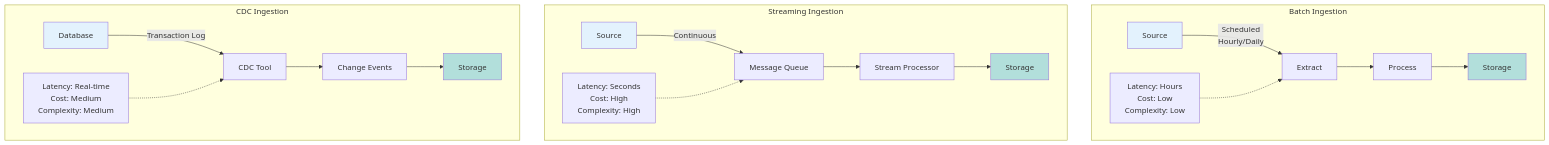
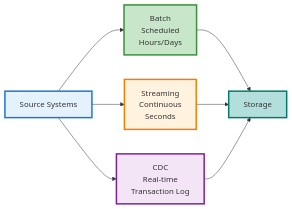
The diagram in docs/data-ingestion/index.md (sunilkumartc/data-platform-playbook), drawn with Mermaid before and after one commit. The commit also changed other lines of this file, not shown here.

Commit message:
ingestion diagram update

````diff
--- a/docs/data-ingestion/index.md
+++ b/docs/data-ingestion/index.md
@@ -68,30 +68,16 @@
 ```mermaid
-graph TB
-    subgraph "Batch Ingestion"
-        A1[Source] -->|Scheduled<br/>Hourly/Daily| B1[Extract]
-        B1 --> C1[Process]
-        C1 --> D1[Storage]
-        E1[Latency: Hours<br/>Cost: Low<br/>Complexity: Low] -.-> B1
-    end
+graph LR
+    A[Source Systems] --> B[Batch<br/>Scheduled<br/>Hours/Days]
+    A --> C[Streaming<br/>Continuous<br/>Seconds]
+    A --> D[CDC<br/>Real-time<br/>Transaction Log]
     
-    subgraph "Streaming Ingestion"
-        A2[Source] -->|Continuous| B2[Message Queue]
-        B2 --> C2[Stream Processor]
-        C2 --> D2[Storage]
-        E2[Latency: Seconds<br/>Cost: High<br/>Complexity: High] -.-> B2
-    end
+    B --> E[Storage]
+    C --> E
+    D --> E
     
-    subgraph "CDC Ingestion"
-        A3[Database] -->|Transaction Log| B3[CDC Tool]
-        B3 --> C3[Change Events]
-        C3 --> D3[Storage]
-        E3[Latency: Real-time<br/>Cost: Medium<br/>Complexity: Medium] -.-> B3
-    end
-    
-    style A1 fill:#e3f2fd
-    style A2 fill:#e3f2fd
-    style A3 fill:#e3f2fd
-    style D1 fill:#b2dfdb
-    style D2 fill:#b2dfdb
-    style D3 fill:#b2dfdb
+    style A fill:#e3f2fd,stroke:#1976d2,stroke-width:3px
+    style B fill:#c8e6c9,stroke:#388e3c,stroke-width:3px
+    style C fill:#fff3e0,stroke:#f57c00,stroke-width:3px
+    style D fill:#f3e5f5,stroke:#7b1fa2,stroke-width:3px
+    style E fill:#b2dfdb,stroke:#00796b,stroke-width:3px
 ```
````
